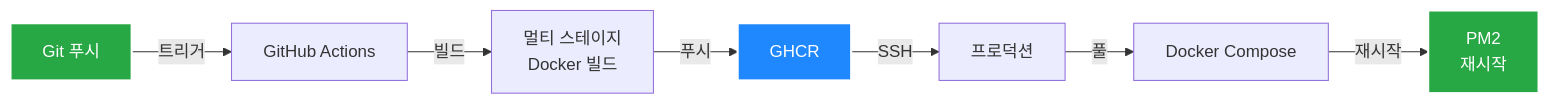
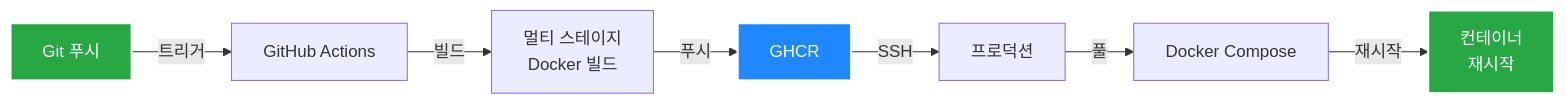
Before and after one commit to jihun-io/gallery: the second of 3 diagrams in README.md, drawn with Mermaid. The commit also changed other lines of this file, not shown here.

````diff
--- a/README.md
+++ b/README.md
@@ -65,13 +70,13 @@
 ```mermaid
 graph LR
     A[Git 푸시] -->|트리거| B[GitHub Actions]
     B -->|빌드| C[멀티 스테이지<br/>Docker 빌드]
     C -->|푸시| D[GHCR]
     D -->|SSH| E[프로덕션]
     E -->|풀| F[Docker Compose]
-    F -->|재시작| G[PM2<br/>재시작]
+    F -->|재시작| G[컨테이너<br/>재시작]
 
     style A fill:#28a745,stroke:#fff,stroke-width:2px,color:#fff
     style D fill:#2088ff,stroke:#fff,stroke-width:2px,color:#fff
     style G fill:#28a745,stroke:#fff,stroke-width:2px,color:#fff
 ```
````
